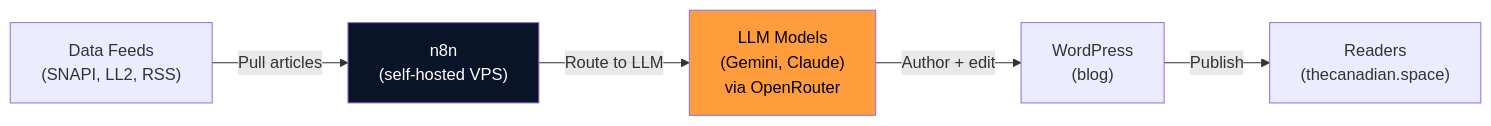
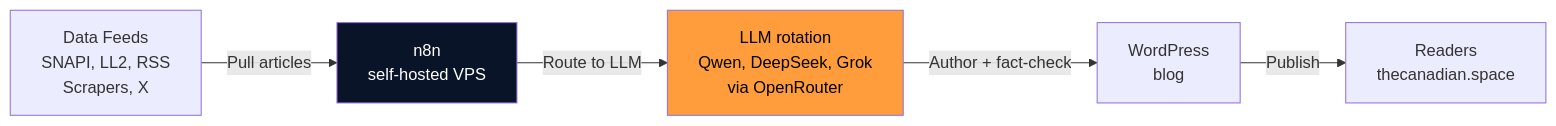
One commit to The-Canadian-Space/tcs-public-wiki changed the diagram in docs/technology/index.md. Above: the diagram before and after it, drawn with Mermaid. The commit also changed other lines of this file and 24 other files, not shown here.

````diff
--- a/docs/technology/index.md
+++ b/docs/technology/index.md
@@ -31,9 +25,9 @@
 ```mermaid
 graph LR
-    A["Data Feeds<br/>(SNAPI, LL2, RSS)"] -->|"Pull articles"| B["n8n<br/>(self-hosted VPS)"]
-    B -->|"Route to LLM"| C["LLM Models<br/>(Gemini, Claude)<br/>via OpenRouter"]
-    C -->|"Author + edit"| D["WordPress<br/>(blog)"]
-    D -->|"Publish"| E["Readers<br/>(thecanadian.space)"]
+    A["Data Feeds<br/>SNAPI, LL2, RSS<br/>Scrapers, X"] -->|"Pull articles"| B["n8n<br/>self-hosted VPS"]
+    B -->|"Route to LLM"| C["LLM rotation<br/>Qwen, DeepSeek, Grok<br/>via OpenRouter"]
+    C -->|"Author + fact-check"| D["WordPress<br/>blog"]
+    D -->|"Publish"| E["Readers<br/>thecanadian.space"]
     style B fill:#0A1428,color:#fff
     style C fill:#FF9D3D,color:#000
 ```
````
